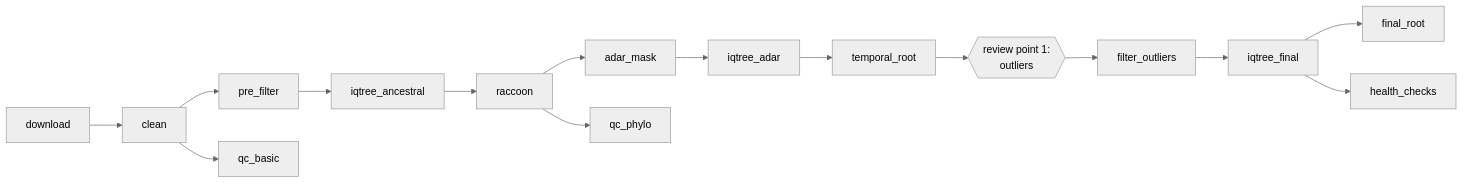
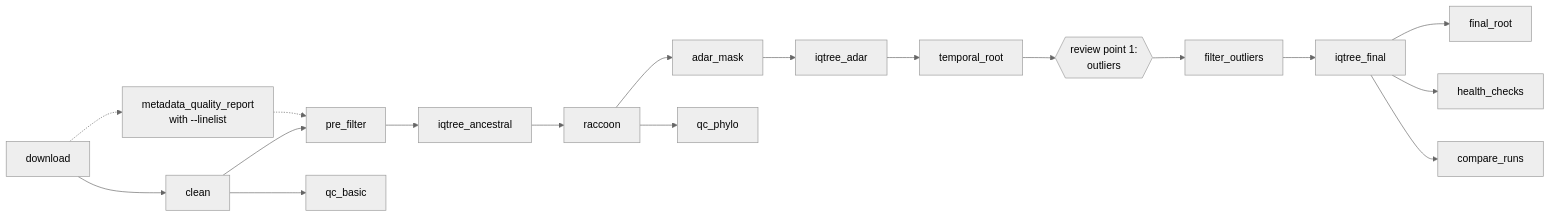
The diagram in README.md (artic-network/bdbv-genepi-nf), drawn with Mermaid (neutral theme) before and after one commit. The commit also changed other lines of this file and 13 other files, not shown here.

First line of the commit message:
Port linelist quality report, run comparison and Slack notification to Nextflow

````diff
--- a/README.md
+++ b/README.md
@@ -30,8 +31,10 @@
 ```mermaid
 flowchart LR
     D[download] --> C[clean] --> F[pre_filter] --> I1[iqtree_ancestral] --> R[raccoon] --> A[adar_mask] --> I2[iqtree_adar] --> T[temporal_root]
     T --> O{{review point 1:<br/>outliers}} --> FO[filter_outliers] --> I3[iqtree_final] --> FR[final_root]
     I3 --> H[health_checks]
+    I3 --> CR[compare_runs]
+    D -.-> MQ[metadata_quality_report<br/>with --linelist] -.-> F
     C --> Q[qc_basic]
     R --> QP[qc_phylo]
 ```
````
